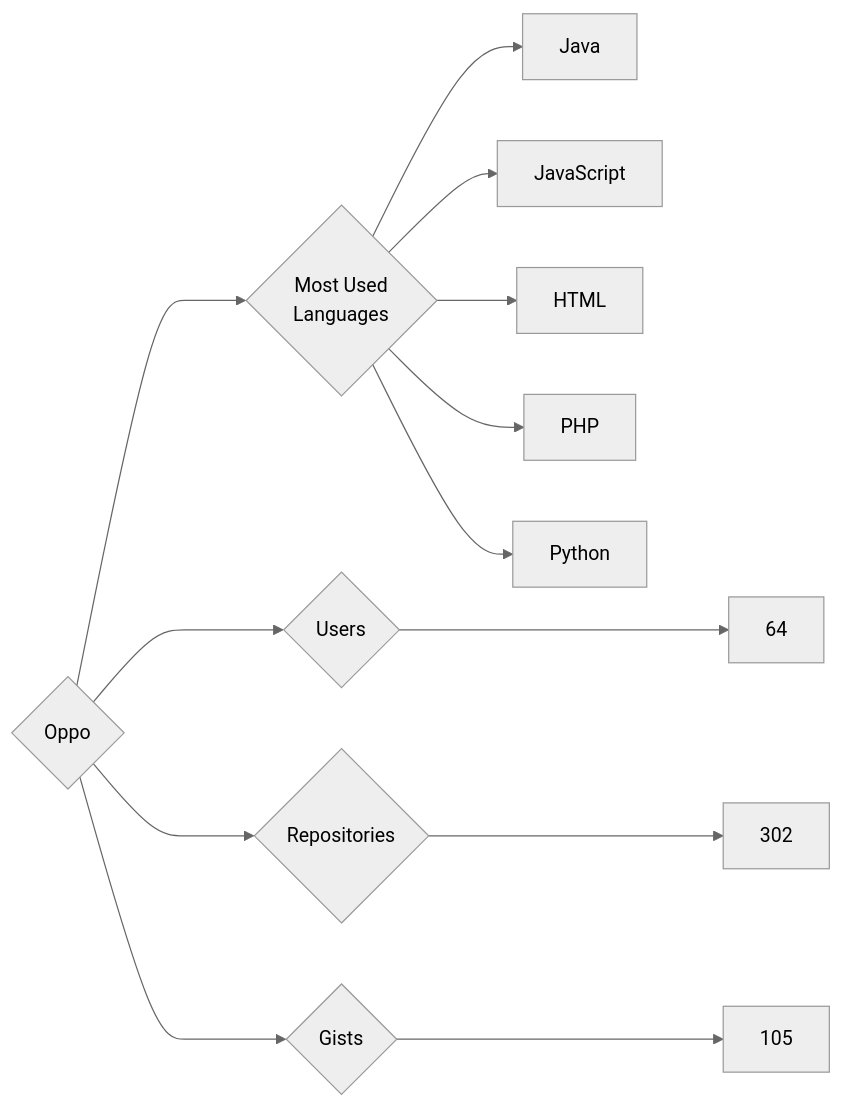
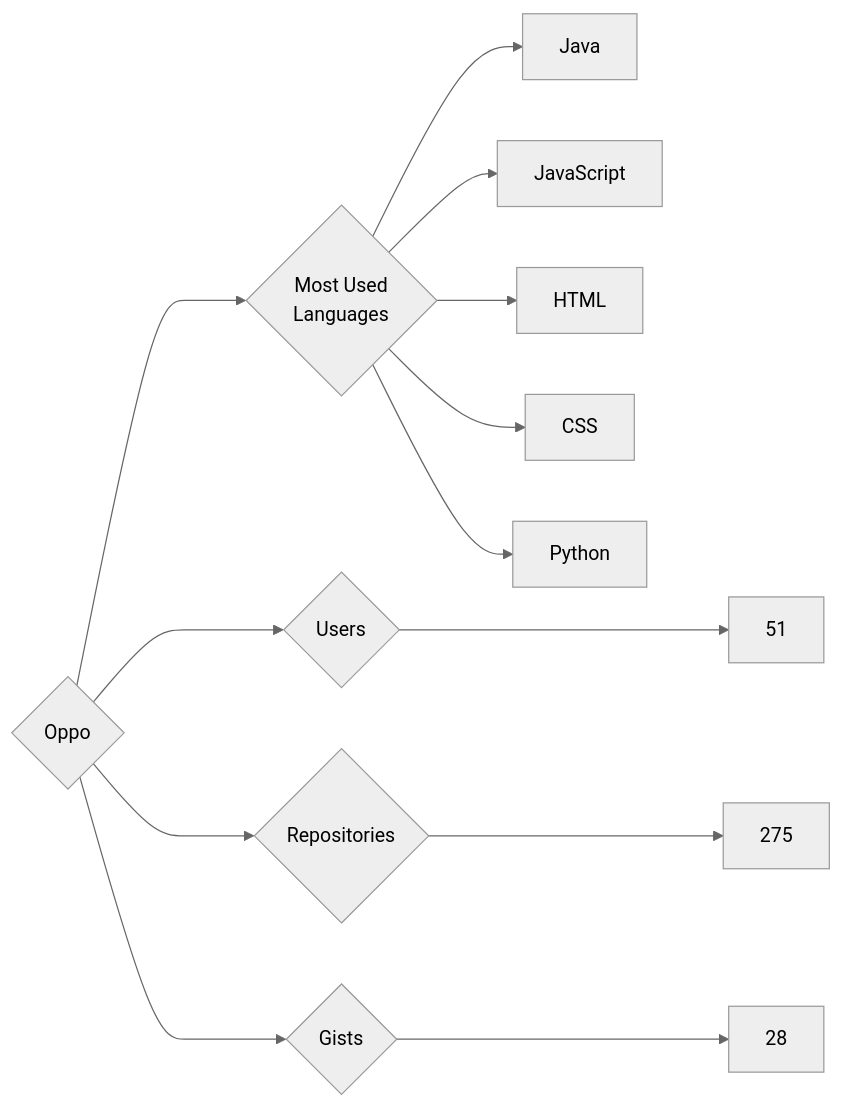
One commit to trickest/insiders changed the diagram in targets/Oppo/README.md. Above: the diagram before and after it, drawn with Mermaid (neutral theme). The commit also changed 877 other files, not shown here.

````diff
--- a/targets/Oppo/README.md
+++ b/targets/Oppo/README.md
@@ -3,13 +3,13 @@
 ```mermaid
 graph LR
 COMPANY_NAME{Oppo}
-COMPANY_NAME ---> U{Users} ---> UN[64]
-COMPANY_NAME ---> R{Repositories} ---> RN[302]
-COMPANY_NAME ---> G{Gists} ---> GN[105]
+COMPANY_NAME ---> U{Users} ---> UN[51]
+COMPANY_NAME ---> R{Repositories} ---> RN[275]
+COMPANY_NAME ---> G{Gists} ---> GN[28]
 COMPANY_NAME ---> ML{Most Used<br>Languages}
 ML --> Java[Java]
 ML --> JavaScript[JavaScript]
 ML --> HTML[HTML]
-ML --> PHP[PHP]
+ML --> CSS[CSS]
 ML --> Python[Python]
 ```
````
